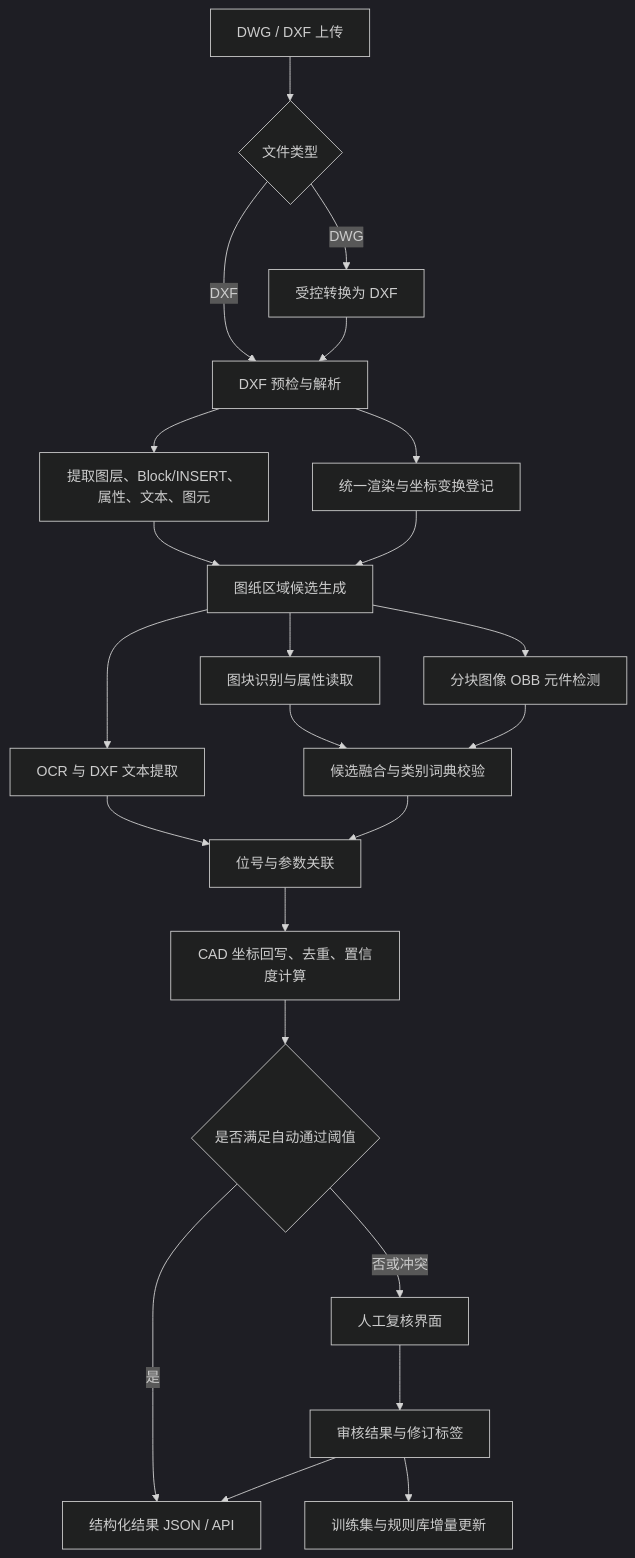
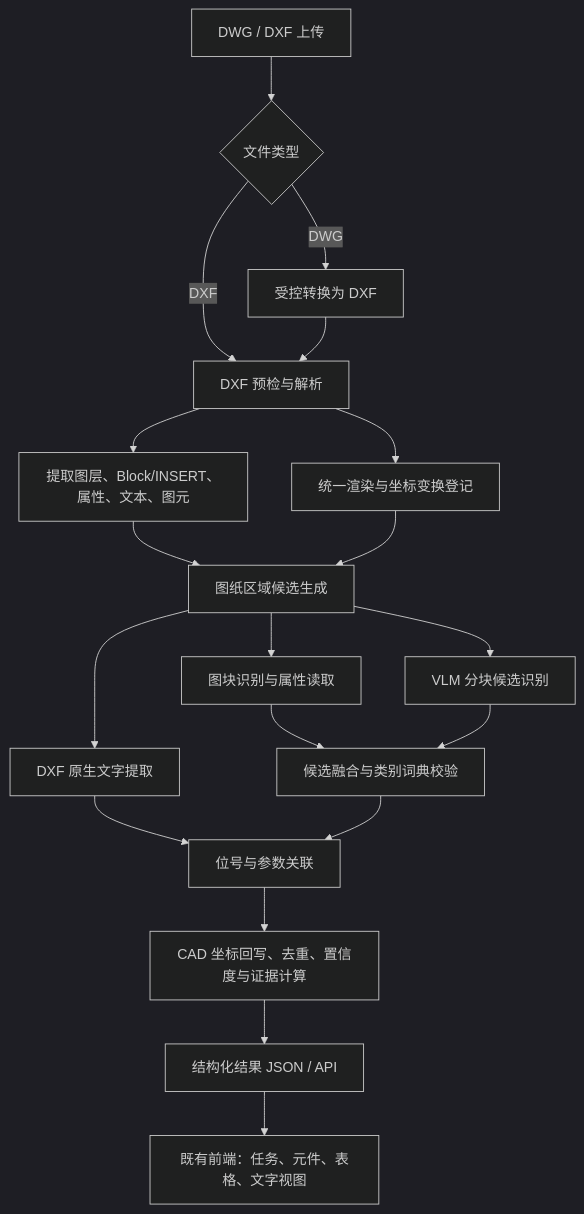
One commit to iawen/cad-recognition changed the diagram in docs/电气图纸元件识别可行技术方案.md. Above: the diagram before and after it, drawn with Mermaid (dark theme). The commit also changed other lines of this file and 34 other files, not shown here.

````diff
--- a/docs/电气图纸元件识别可行技术方案.md
+++ b/docs/电气图纸元件识别可行技术方案.md
@@ -76,29 +119,25 @@
 ```mermaid
 flowchart TD
     A[DWG / DXF 上传] --> B{文件类型}
     B -->|DWG| C[受控转换为 DXF]
     B -->|DXF| D[DXF 预检与解析]
     C --> D
 
     D --> E[提取图层、Block/INSERT、属性、文本、图元]
     D --> F[统一渲染与坐标变换登记]
     E --> G[图纸区域候选生成]
     F --> G
 
     G --> H[图块识别与属性读取]
-    G --> I[分块图像 OBB 元件检测]
-    G --> J[OCR 与 DXF 文本提取]
+    G --> I[VLM 分块候选识别]
+    G --> J[DXF 原生文字提取]
 
     H --> K[候选融合与类别词典校验]
     I --> K
     J --> L[位号与参数关联]
     K --> L
 
-    L --> M[CAD 坐标回写、去重、置信度计算]
-    M --> N{是否满足自动通过阈值}
-    N -->|是| O[结构化结果 JSON / API]
-    N -->|否或冲突| P[人工复核界面]
-    P --> Q[审核结果与修订标签]
-    Q --> O
-    Q --> R[训练集与规则库增量更新]
+    L --> M[CAD 坐标回写、去重、置信度与证据计算]
+    M --> O[结构化结果 JSON / API]
+    O --> P[既有前端：任务、元件、表格、文字视图]
 ```
````
